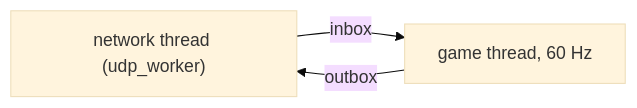
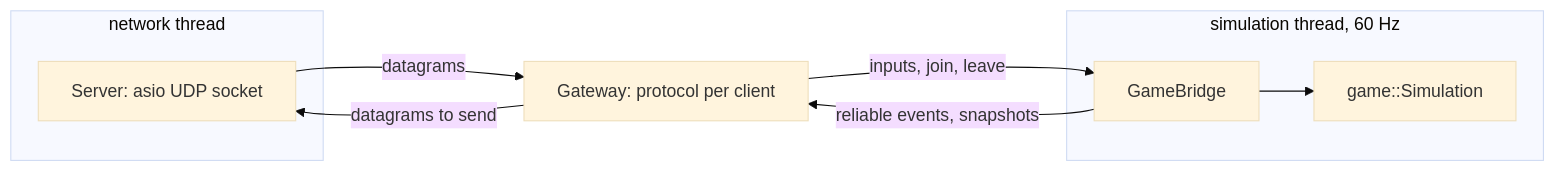
The second of 2 diagrams in docs/architecture/overview.md (Chezrush/R-TYPE), drawn with Mermaid (base theme) before and after one commit. The commit also changed other lines of this file and 6 other files, not shown here.

````diff
--- a/docs/architecture/overview.md
+++ b/docs/architecture/overview.md
@@ -44,5 +61,13 @@
 ```mermaid
 flowchart LR
-    net["network thread (udp_worker)"] -- inbox --> game["game thread, 60 Hz"]
-    game -- outbox --> net
+    subgraph net["network thread"]
+        socket["Server: asio UDP socket"]
+    end
+    subgraph sim["simulation thread, 60 Hz"]
+        bridge["GameBridge"] --> simulation["game::Simulation"]
+    end
+    socket -- "datagrams" --> gateway["Gateway: protocol per client"]
+    gateway -- "inputs, join, leave" --> bridge
+    bridge -- "reliable events, snapshots" --> gateway
+    gateway -- "datagrams to send" --> socket
 ```
````
